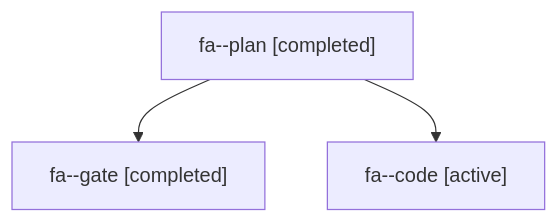
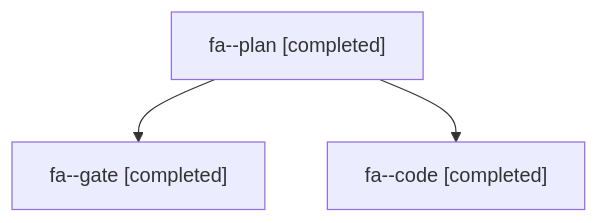
Before and after one commit to bobs-org/bob-cli--agents: the diagram in sessions/bbugyi200.apollo.fa.md, drawn with Mermaid. The commit also changed other lines of this file and 11 other files, not shown here.

````diff
--- a/sessions/bbugyi200.apollo.fa.md
+++ b/sessions/bbugyi200.apollo.fa.md
@@ -9,8 +9,8 @@
 ```mermaid
 flowchart TD
   n0["fa--plan [completed]"]
   n1["fa--gate [completed]"]
   n0 --> n1
-  n2["fa--code [active]"]
+  n2["fa--code [completed]"]
   n0 --> n2
 ```
````
